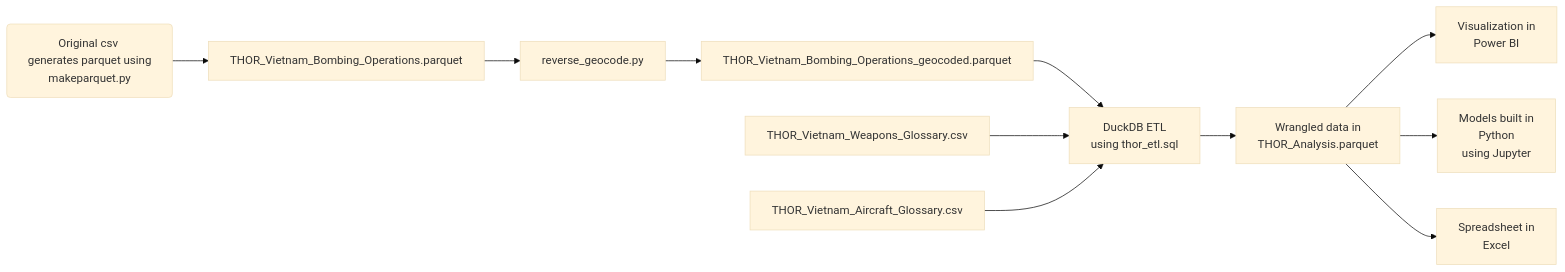
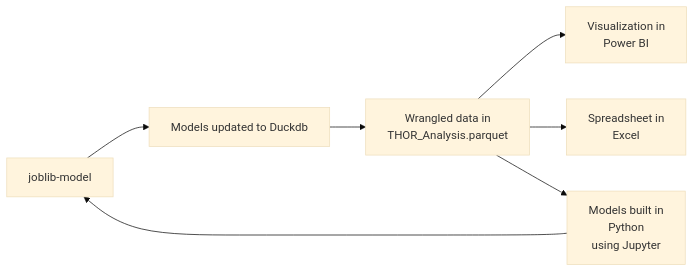
Before and after one commit to ristotammela/thoranalytics: the third of 3 diagrams in README.md, drawn with Mermaid (base theme). The commit also changed other lines of this file and 8 other files, not shown here.

Commit message:
Model import to duckdb

````diff
--- a/README.md
+++ b/README.md
@@ -13,26 +140,19 @@
 ```mermaid
 flowchart LR
-    original("Original csv <br/> generates parquet using makeparquet.py")
-    raw["THOR_Vietnam_Bombing_Operations.parquet"]
-    geocoder["reverse_geocode.py"]
-    geocoded["THOR_Vietnam_Bombing_Operations_geocoded.parquet"]
-    weapons["THOR_Vietnam_Weapons_Glossary.csv"]
-    aircraft["THOR_Vietnam_Aircraft_Glossary.csv"]
-    etl["DuckDB ETL<br/> using thor_etl.sql"]
+
+    joblibmodel["joblib-model"]
     output["Wrangled data in <br/>THOR_Analysis.parquet"]
     powerbi["Visualization in <br/>Power BI"]
-    model["Models built in <br/>Python <br/> using Jupyter"]
     spreadsheet["Spreadsheet in <br/> Excel"]
+    jupyter["Models built in <br/>Python <br/> using Jupyter"]
+    modelupdate["Models updated to Duckdb"]
 
-    original --> raw
-    raw --> geocoder
-    geocoder --> geocoded
-    geocoded --> etl
-    weapons --> etl
-    aircraft --> etl
-    etl --> output
-    output --> powerbi
-    output --> model
-    output--> spreadsheet
-
+    
+    output  --> powerbi
+    output  --> spreadsheet
+    output --> jupyter
+    jupyter --> joblibmodel
+    joblibmodel --> modelupdate
+    modelupdate --> output
+    
 ```
````
